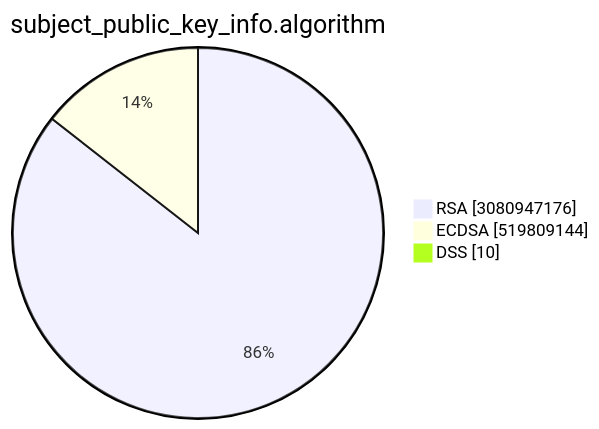
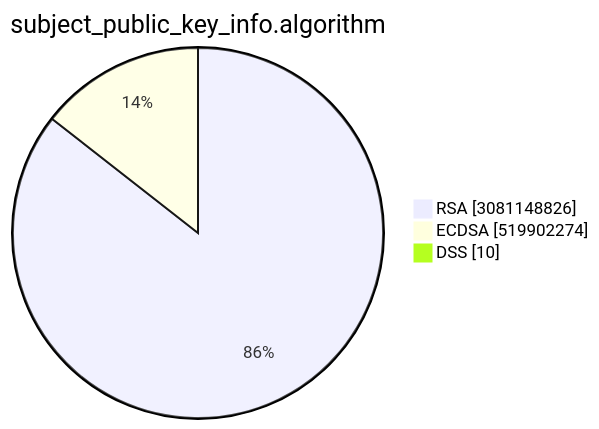
The second of 15 diagrams in TOTAL/README.md (christiankrug/ctmonitor_visualization), drawn with Mermaid before and after one commit. The commit also changed other lines of this file, not shown here.

````diff
--- a/TOTAL/README.md
+++ b/TOTAL/README.md
@@ -6,7 +6,7 @@
 ```mermaid
 pie showData
 title subject_public_key_info.algorithm
-"RSA" :3080947176
-"ECDSA" :519809144
+"RSA" :3081148826
+"ECDSA" :519902274
 "DSS" :10
 ```
````
